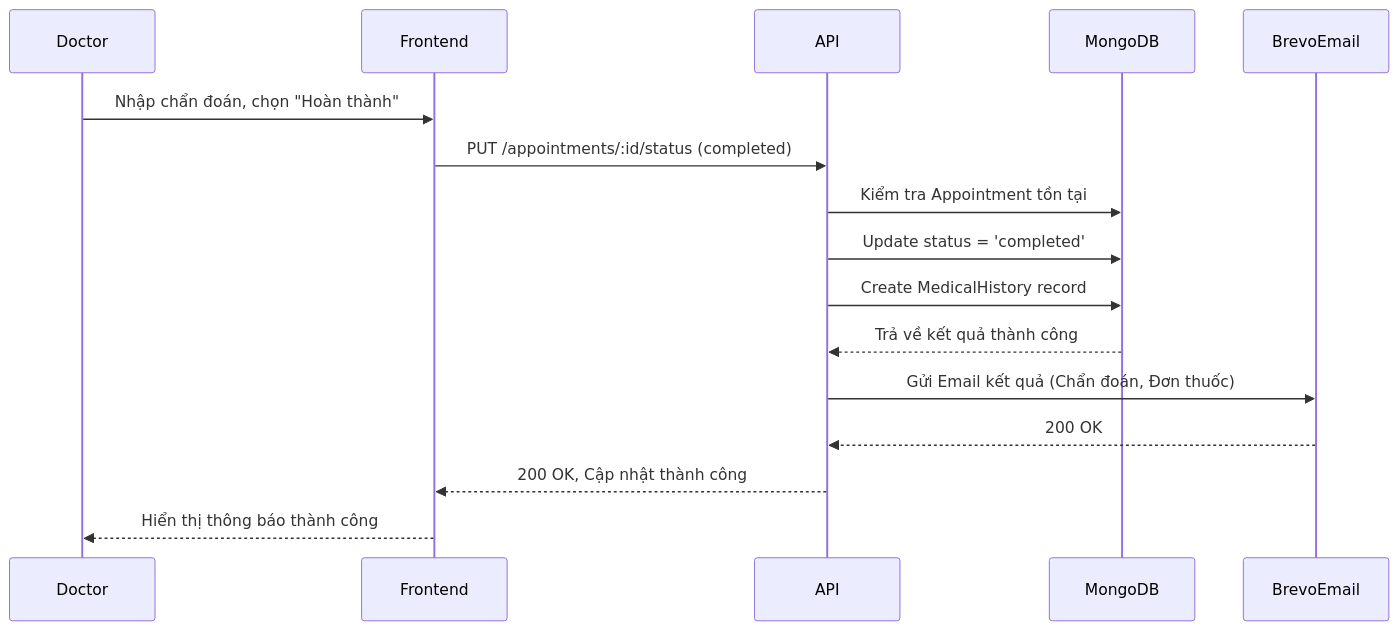
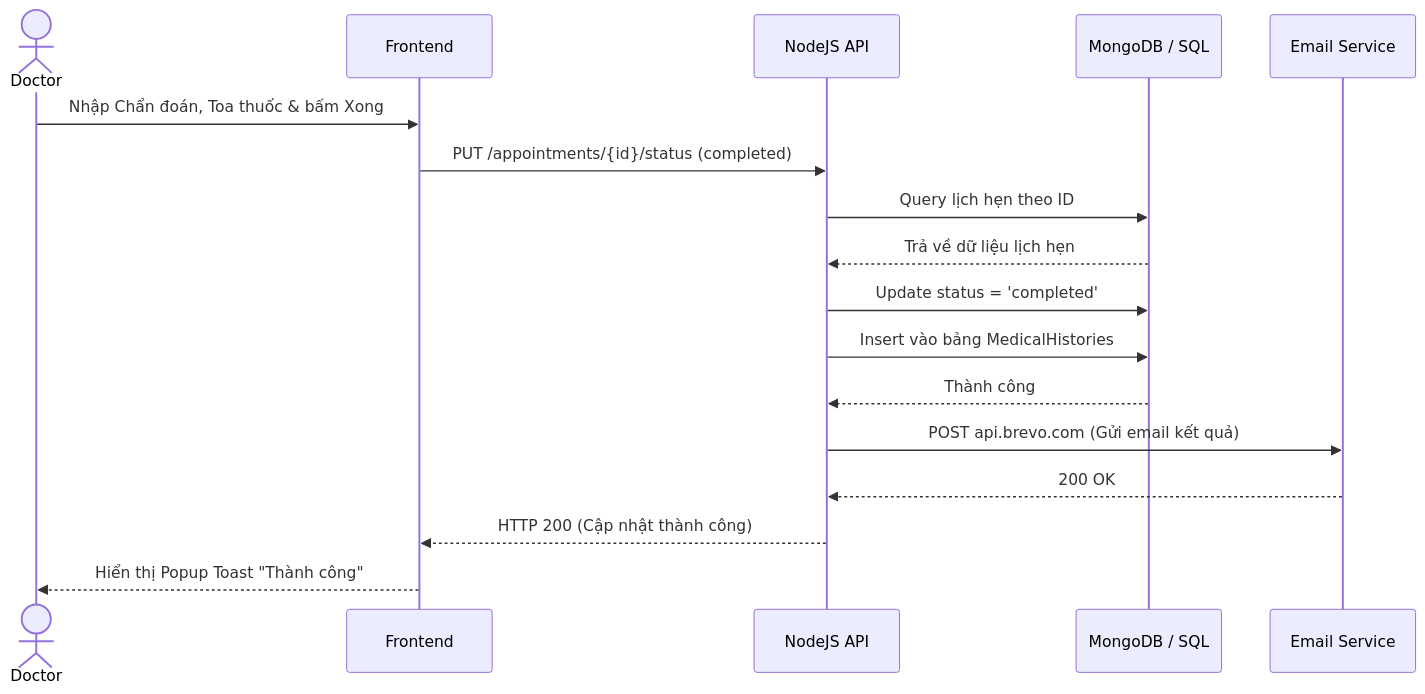
One commit to manhcuong-contact/DatLichPhongKham changed the third of 5 diagrams in BAO_CAO_DU_AN.md. Above: the diagram before and after it, drawn with Mermaid. The commit also changed other lines of this file, not shown here.

````diff
--- a/BAO_CAO_DU_AN.md
+++ b/BAO_CAO_DU_AN.md
@@ -147,19 +167,20 @@
 ```mermaid
 sequenceDiagram
-    participant Doctor
+    actor Doctor
     participant Frontend
-    participant API
-    participant MongoDB
-    participant BrevoEmail
+    participant Server as NodeJS API
+    participant DB as MongoDB / SQL
+    participant Brevo as Email Service
 
-    Doctor->>Frontend: Nhập chẩn đoán, chọn "Hoàn thành"
-    Frontend->>API: PUT /appointments/:id/status (completed)
-    API->>MongoDB: Kiểm tra Appointment tồn tại
-    API->>MongoDB: Update status = 'completed'
-    API->>MongoDB: Create MedicalHistory record
-    MongoDB-->>API: Trả về kết quả thành công
-    API->>BrevoEmail: Gửi Email kết quả (Chẩn đoán, Đơn thuốc)
-    BrevoEmail-->>API: 200 OK
-    API-->>Frontend: 200 OK, Cập nhật thành công
-    Frontend-->>Doctor: Hiển thị thông báo thành công
+    Doctor->>Frontend: Nhập Chẩn đoán, Toa thuốc & bấm Xong
+    Frontend->>Server: PUT /appointments/{id}/status (completed)
+    Server->>DB: Query lịch hẹn theo ID
+    DB-->>Server: Trả về dữ liệu lịch hẹn
+    Server->>DB: Update status = 'completed'
+    Server->>DB: Insert vào bảng MedicalHistories
+    DB-->>Server: Thành công
+    Server->>Brevo: POST api.brevo.com (Gửi email kết quả)
+    Brevo-->>Server: 200 OK
+    Server-->>Frontend: HTTP 200 (Cập nhật thành công)
+    Frontend-->>Doctor: Hiển thị Popup Toast "Thành công"
 ```
````
